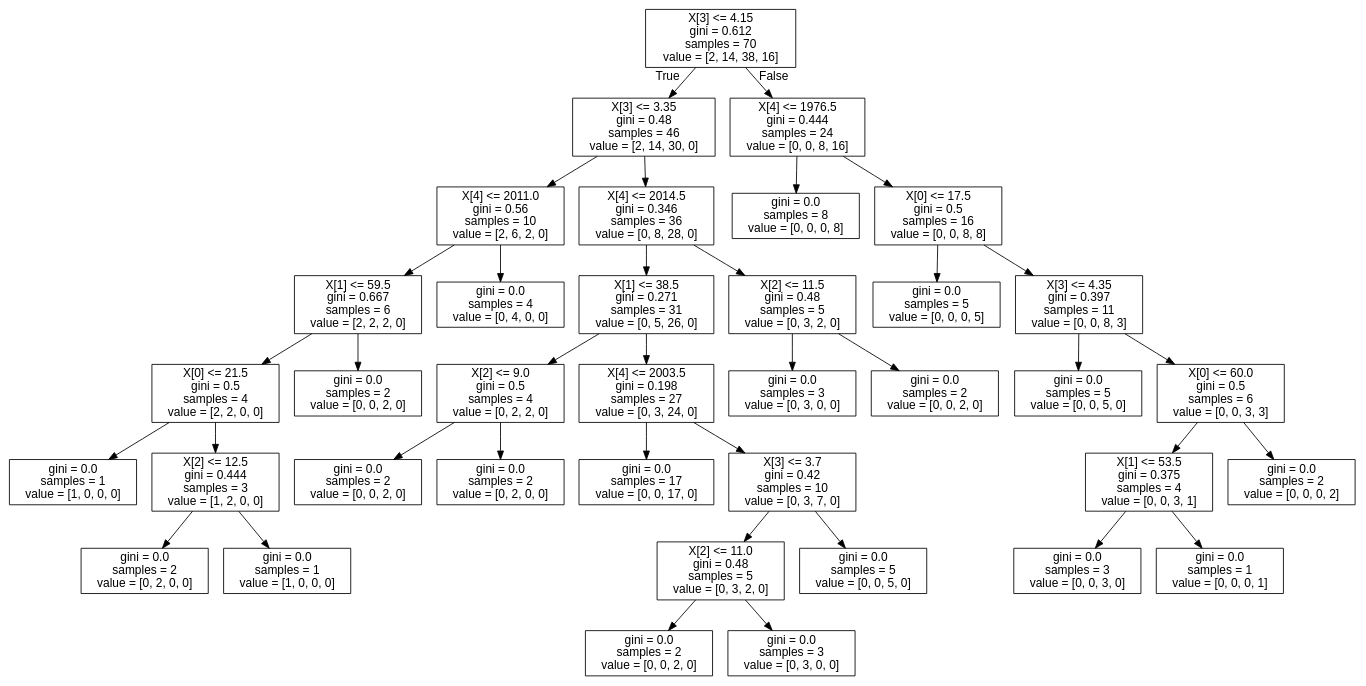
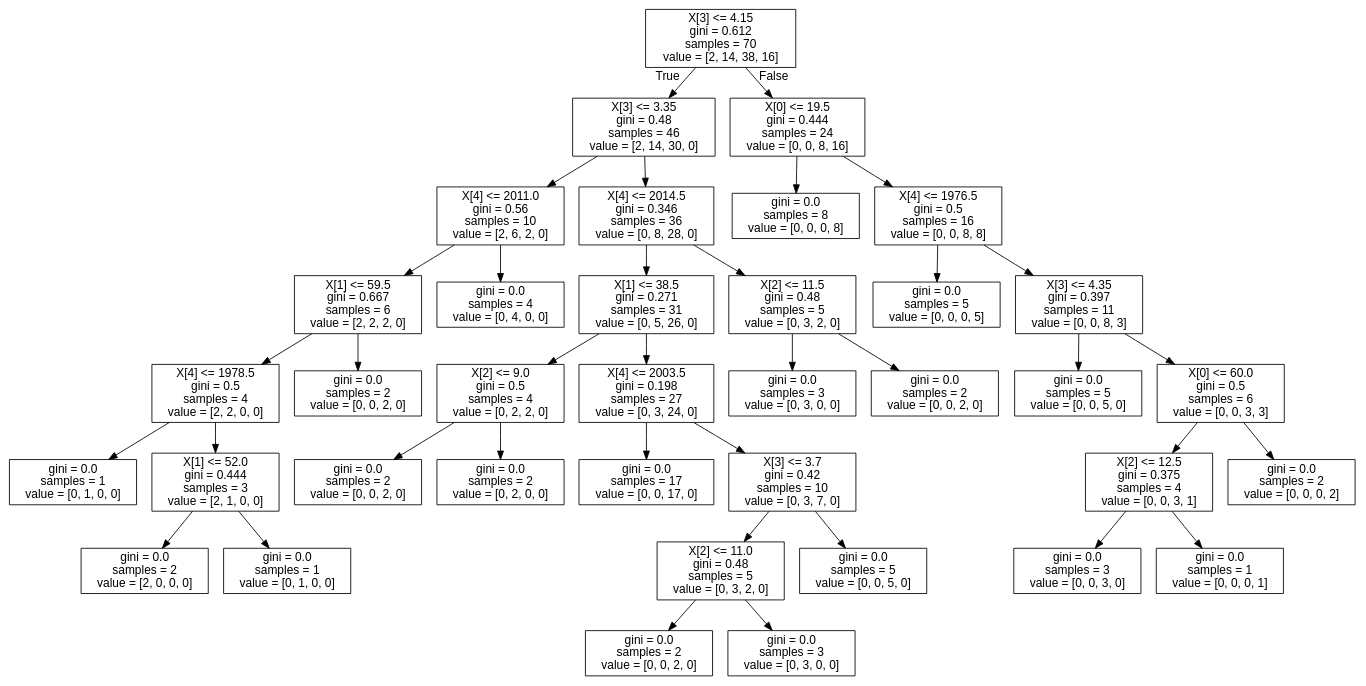
The diagram in BibliotecaMusicalV2/tree.dot (ViniciusOSAntos/Data-Science---Estudos-e-Atividades), drawn with Graphviz before and after one commit.

Commit message:
Resentndo o kernel do Notebook

```diff
--- a/BibliotecaMusicalV2/tree.dot
+++ b/BibliotecaMusicalV2/tree.dot
@@ -1,77 +1,77 @@
 digraph Tree {
 node [shape=box, fontname="helvetica"] ;
 edge [fontname="helvetica"] ;
 0 [label="X[3] <= 4.15\ngini = 0.612\nsamples = 70\nvalue = [2, 14, 38, 16]"] ;
 1 [label="X[3] <= 3.35\ngini = 0.48\nsamples = 46\nvalue = [2, 14, 30, 0]"] ;
 0 -> 1 [labeldistance=2.5, labelangle=45, headlabel="True"] ;
 2 [label="X[4] <= 2011.0\ngini = 0.56\nsamples = 10\nvalue = [2, 6, 2, 0]"] ;
 1 -> 2 ;
 3 [label="X[1] <= 59.5\ngini = 0.667\nsamples = 6\nvalue = [2, 2, 2, 0]"] ;
 2 -> 3 ;
-4 [label="X[0] <= 21.5\ngini = 0.5\nsamples = 4\nvalue = [2, 2, 0, 0]"] ;
+4 [label="X[4] <= 1978.5\ngini = 0.5\nsamples = 4\nvalue = [2, 2, 0, 0]"] ;
 3 -> 4 ;
-5 [label="gini = 0.0\nsamples = 1\nvalue = [1, 0, 0, 0]"] ;
+5 [label="gini = 0.0\nsamples = 1\nvalue = [0, 1, 0, 0]"] ;
 4 -> 5 ;
-6 [label="X[2] <= 12.5\ngini = 0.444\nsamples = 3\nvalue = [1, 2, 0, 0]"] ;
+6 [label="X[1] <= 52.0\ngini = 0.444\nsamples = 3\nvalue = [2, 1, 0, 0]"] ;
 4 -> 6 ;
-7 [label="gini = 0.0\nsamples = 2\nvalue = [0, 2, 0, 0]"] ;
+7 [label="gini = 0.0\nsamples = 2\nvalue = [2, 0, 0, 0]"] ;
 6 -> 7 ;
-8 [label="gini = 0.0\nsamples = 1\nvalue = [1, 0, 0, 0]"] ;
+8 [label="gini = 0.0\nsamples = 1\nvalue = [0, 1, 0, 0]"] ;
 6 -> 8 ;
 9 [label="gini = 0.0\nsamples = 2\nvalue = [0, 0, 2, 0]"] ;
 3 -> 9 ;
 10 [label="gini = 0.0\nsamples = 4\nvalue = [0, 4, 0, 0]"] ;
 2 -> 10 ;
 11 [label="X[4] <= 2014.5\ngini = 0.346\nsamples = 36\nvalue = [0, 8, 28, 0]"] ;
 1 -> 11 ;
 12 [label="X[1] <= 38.5\ngini = 0.271\nsamples = 31\nvalue = [0, 5, 26, 0]"] ;
 11 -> 12 ;
 13 [label="X[2] <= 9.0\ngini = 0.5\nsamples = 4\nvalue = [0, 2, 2, 0]"] ;
 12 -> 13 ;
 14 [label="gini = 0.0\nsamples = 2\nvalue = [0, 0, 2, 0]"] ;
 13 -> 14 ;
 15 [label="gini = 0.0\nsamples = 2\nvalue = [0, 2, 0, 0]"] ;
 13 -> 15 ;
 16 [label="X[4] <= 2003.5\ngini = 0.198\nsamples = 27\nvalue = [0, 3, 24, 0]"] ;
 12 -> 16 ;
 17 [label="gini = 0.0\nsamples = 17\nvalue = [0, 0, 17, 0]"] ;
 16 -> 17 ;
 18 [label="X[3] <= 3.7\ngini = 0.42\nsamples = 10\nvalue = [0, 3, 7, 0]"] ;
 16 -> 18 ;
 19 [label="X[2] <= 11.0\ngini = 0.48\nsamples = 5\nvalue = [0, 3, 2, 0]"] ;
 18 -> 19 ;
 20 [label="gini = 0.0\nsamples = 2\nvalue = [0, 0, 2, 0]"] ;
 19 -> 20 ;
 21 [label="gini = 0.0\nsamples = 3\nvalue = [0, 3, 0, 0]"] ;
 19 -> 21 ;
 22 [label="gini = 0.0\nsamples = 5\nvalue = [0, 0, 5, 0]"] ;
 18 -> 22 ;
 23 [label="X[2] <= 11.5\ngini = 0.48\nsamples = 5\nvalue = [0, 3, 2, 0]"] ;
 11 -> 23 ;
 24 [label="gini = 0.0\nsamples = 3\nvalue = [0, 3, 0, 0]"] ;
 23 -> 24 ;
 25 [label="gini = 0.0\nsamples = 2\nvalue = [0, 0, 2, 0]"] ;
 23 -> 25 ;
-26 [label="X[4] <= 1976.5\ngini = 0.444\nsamples = 24\nvalue = [0, 0, 8, 16]"] ;
+26 [label="X[0] <= 19.5\ngini = 0.444\nsamples = 24\nvalue = [0, 0, 8, 16]"] ;
 0 -> 26 [labeldistance=2.5, labelangle=-45, headlabel="False"] ;
 27 [label="gini = 0.0\nsamples = 8\nvalue = [0, 0, 0, 8]"] ;
 26 -> 27 ;
-28 [label="X[0] <= 17.5\ngini = 0.5\nsamples = 16\nvalue = [0, 0, 8, 8]"] ;
+28 [label="X[4] <= 1976.5\ngini = 0.5\nsamples = 16\nvalue = [0, 0, 8, 8]"] ;
 26 -> 28 ;
 29 [label="gini = 0.0\nsamples = 5\nvalue = [0, 0, 0, 5]"] ;
 28 -> 29 ;
 30 [label="X[3] <= 4.35\ngini = 0.397\nsamples = 11\nvalue = [0, 0, 8, 3]"] ;
 28 -> 30 ;
 31 [label="gini = 0.0\nsamples = 5\nvalue = [0, 0, 5, 0]"] ;
 30 -> 31 ;
 32 [label="X[0] <= 60.0\ngini = 0.5\nsamples = 6\nvalue = [0, 0, 3, 3]"] ;
 30 -> 32 ;
-33 [label="X[1] <= 53.5\ngini = 0.375\nsamples = 4\nvalue = [0, 0, 3, 1]"] ;
+33 [label="X[2] <= 12.5\ngini = 0.375\nsamples = 4\nvalue = [0, 0, 3, 1]"] ;
 32 -> 33 ;
 34 [label="gini = 0.0\nsamples = 3\nvalue = [0, 0, 3, 0]"] ;
 33 -> 34 ;
 35 [label="gini = 0.0\nsamples = 1\nvalue = [0, 0, 0, 1]"] ;
 33 -> 35 ;
 36 [label="gini = 0.0\nsamples = 2\nvalue = [0, 0, 0, 2]"] ;
 32 -> 36 ;
 }
```
